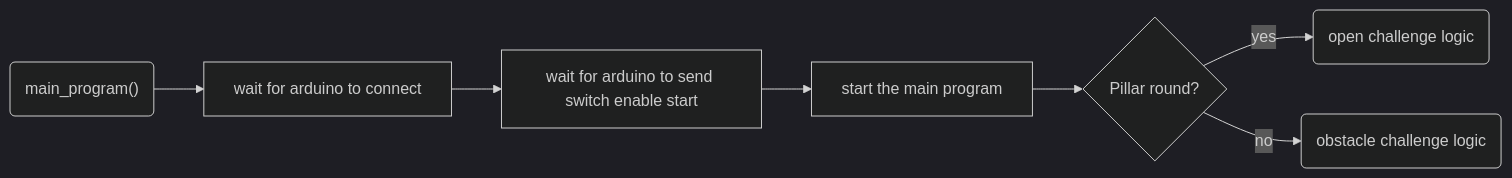
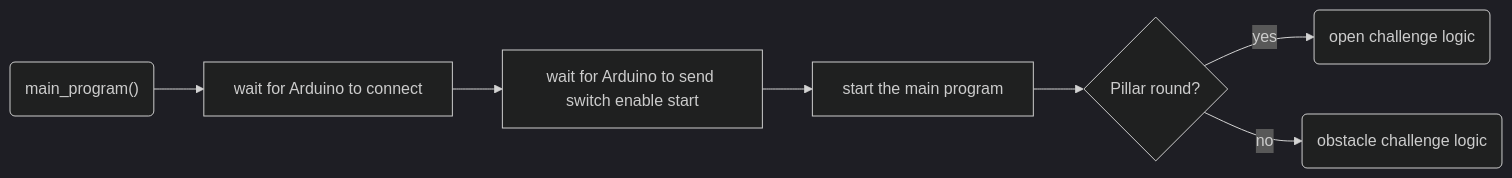
One commit to flawil-beavers/Future-Engineers_2025 changed the fifth of 9 diagrams in README.md. Above: the diagram before and after it, drawn with Mermaid (dark theme). The commit also changed other lines of this file, not shown here.

````diff
--- a/README.md
+++ b/README.md
@@ -394,10 +431,10 @@
 ```mermaid
 flowchart LR
     main_program("main_program()")
-    main_program --> wait["wait for arduino to connect"]
-    wait --> wait2["wait for arduino to send switch enable start"]
+    main_program --> wait["wait for Arduino to connect"]
+    wait --> wait2["wait for Arduino to send switch enable start"]
     wait2 --> mainprog["start the main program"]
     mainprog --> pillar{Pillar round?}
     pillar --> |yes| pillary(open challenge logic)
     pillar --> |no| pillarn(obstacle challenge logic)
 ```
````
